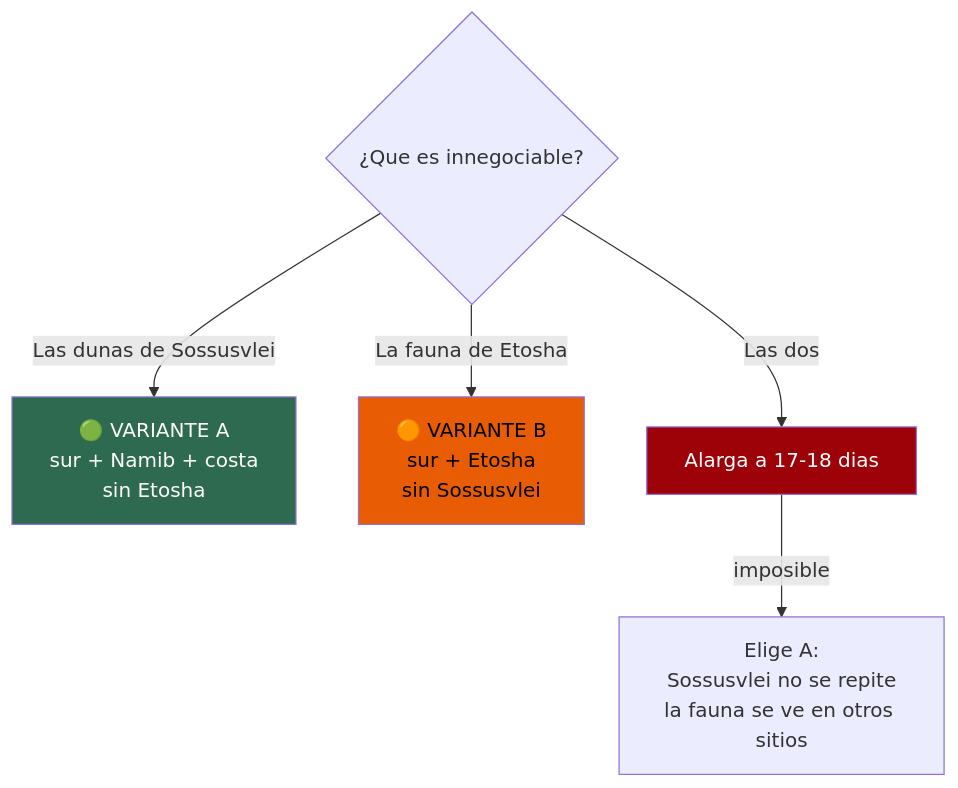
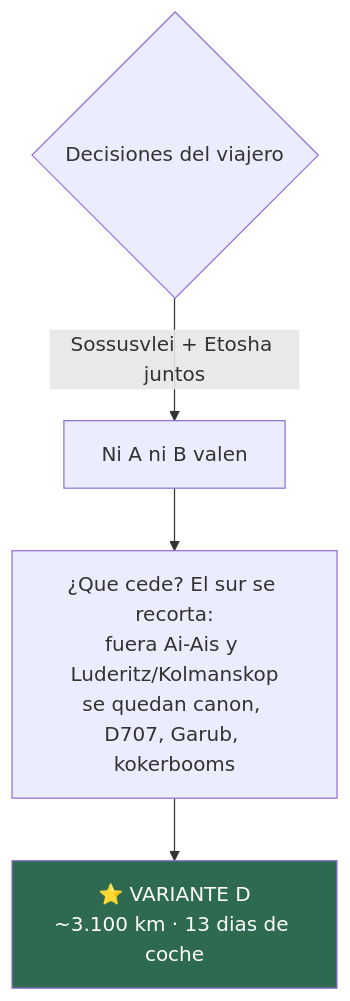
One commit to morandeirachema/namibia changed the sixth of 6 diagrams in 11-itinerarios-dia-a-dia.md. Above: the diagram before and after it, drawn with Mermaid. The commit also changed other lines of this file and 1 other file, not shown here.

First line of the commit message:
Fijar la ventana 1-15 de noviembre y crear la Variante D con Sossusvlei y Etosha

````diff
--- a/11-itinerarios-dia-a-dia.md
+++ b/11-itinerarios-dia-a-dia.md
@@ -302,11 +498,8 @@
 ```mermaid
 flowchart TD
-    D{"¿Que es innegociable?"}
-    D -->|"Las dunas de Sossusvlei"| A["🟢 VARIANTE A<br/>sur + Namib + costa<br/>sin Etosha"]
-    D -->|"La fauna de Etosha"| B["🟠 VARIANTE B<br/>sur + Etosha<br/>sin Sossusvlei"]
-    D -->|"Las dos"| E["Alarga a 17-18 dias"]
-    E -->|"imposible"| F["Elige A:<br/>Sossusvlei no se repite<br/>la fauna se ve en otros sitios"]
-    style A fill:#2d6a4f,color:#fff
-    style B fill:#e85d04,color:#000
-    style E fill:#9d0208,color:#fff
+    D1{"Decisiones del viajero"}
+    D1 -->|"Sossusvlei + Etosha juntos"| D2["Ni A ni B valen"]
+    D2 --> D3["¿Que cede? El sur se recorta:<br/>fuera Ai-Ais y Luderitz/Kolmanskop<br/>se quedan canon, D707, Garub, kokerbooms"]
+    D3 --> D["⭐ VARIANTE D<br/>~3.100 km · 13 dias de coche"]
+    style D fill:#2d6a4f,color:#fff
 ```
````
